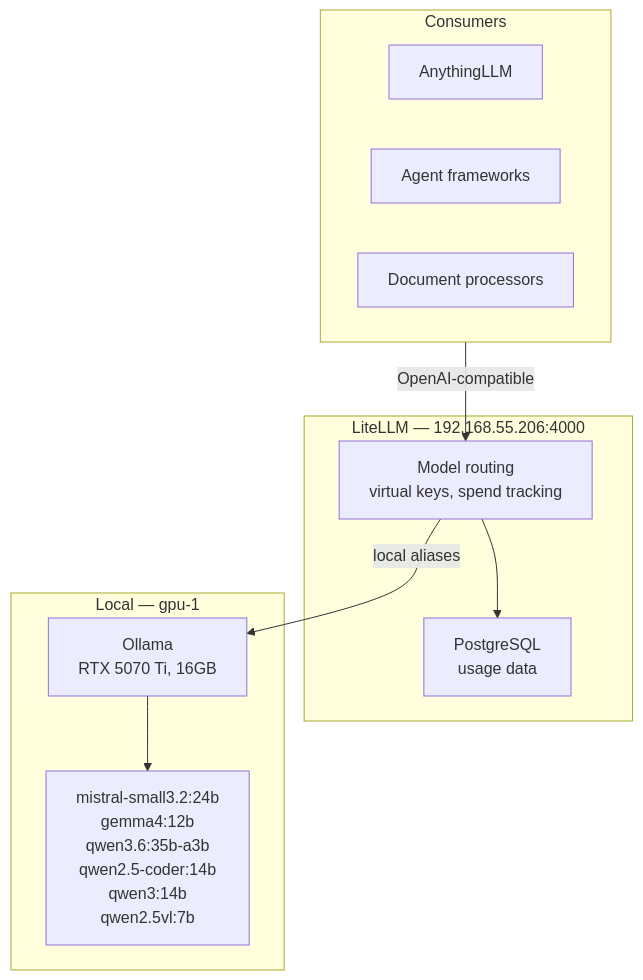
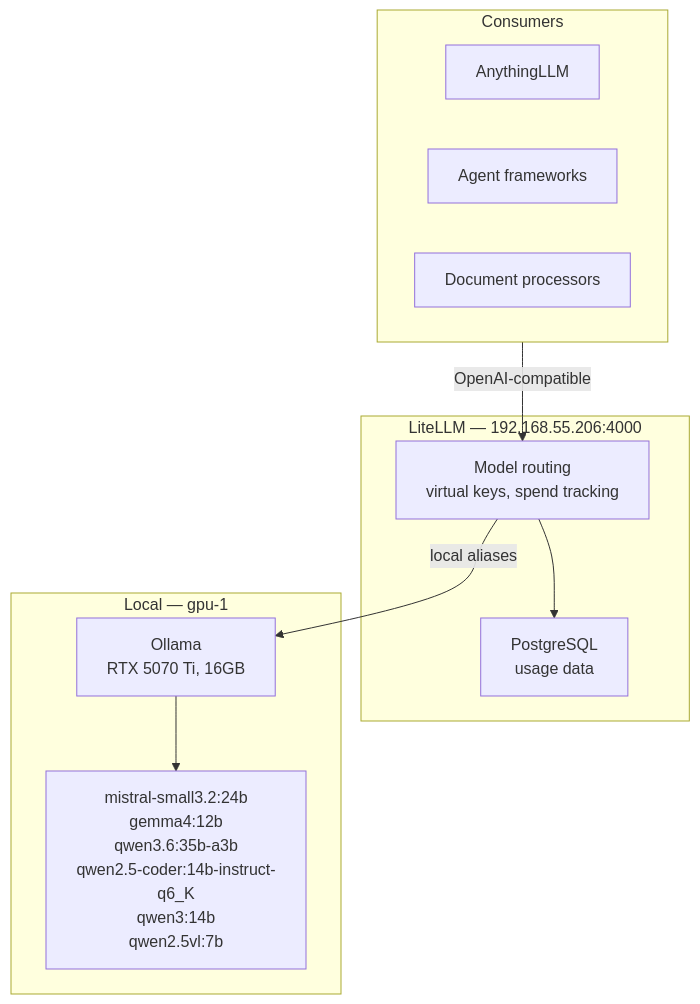
Before and after one commit to derio-net/frank: the diagram in blog/content/docs/building/10-local-inference/index.md, drawn with Mermaid. The commit also changed other lines of this file and 7 other files, not shown here.

````diff
--- a/blog/content/docs/building/10-local-inference/index.md
+++ b/blog/content/docs/building/10-local-inference/index.md
@@ -21,21 +21,21 @@
 ```mermaid
 flowchart TD
   subgraph Consumers[Consumers]
     AGI[AnythingLLM]
     Agent[Agent frameworks]
     Doc[Document processors]
   end
   subgraph Gateway[LiteLLM — 192.168.55.206:4000]
     Router[Model routing<br/>virtual keys, spend tracking]
     PG[PostgreSQL<br/>usage data]
   end
   subgraph Local[Local — gpu-1]
     Ollama[Ollama<br/>RTX 5070 Ti, 16GB]
-    Models[mistral-small3.2:24b<br/>gemma4:12b<br/>qwen3.6:35b-a3b<br/>qwen2.5-coder:14b<br/>qwen3:14b<br/>qwen2.5vl:7b]
+    Models[mistral-small3.2:24b<br/>gemma4:12b<br/>qwen3.6:35b-a3b<br/>qwen2.5-coder:14b-instruct-q6_K<br/>qwen3:14b<br/>qwen2.5vl:7b]
   end
 
   Consumers -->|OpenAI-compatible| Router
   Router -->|local aliases| Ollama
   Ollama --> Models
   Router --> PG
 ```
````
